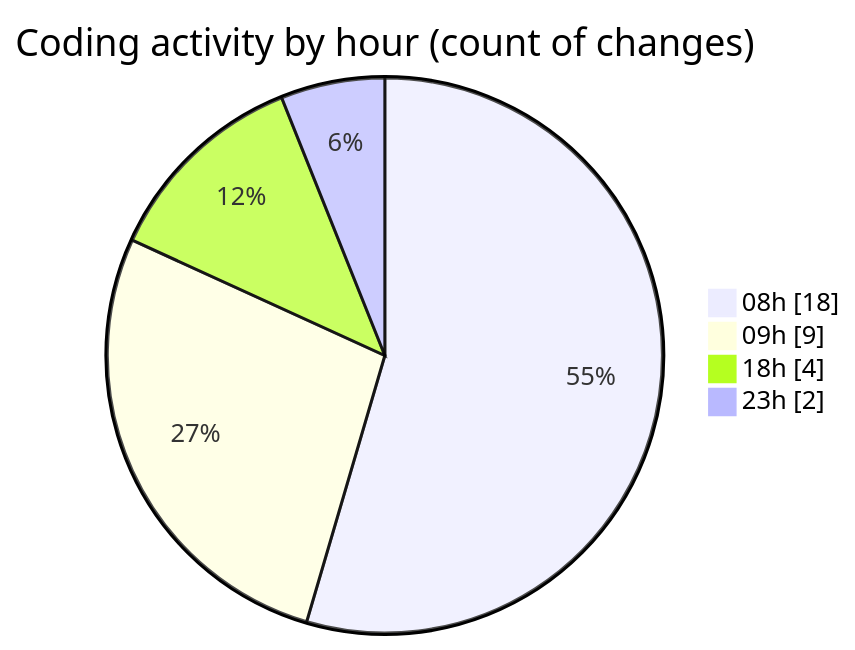
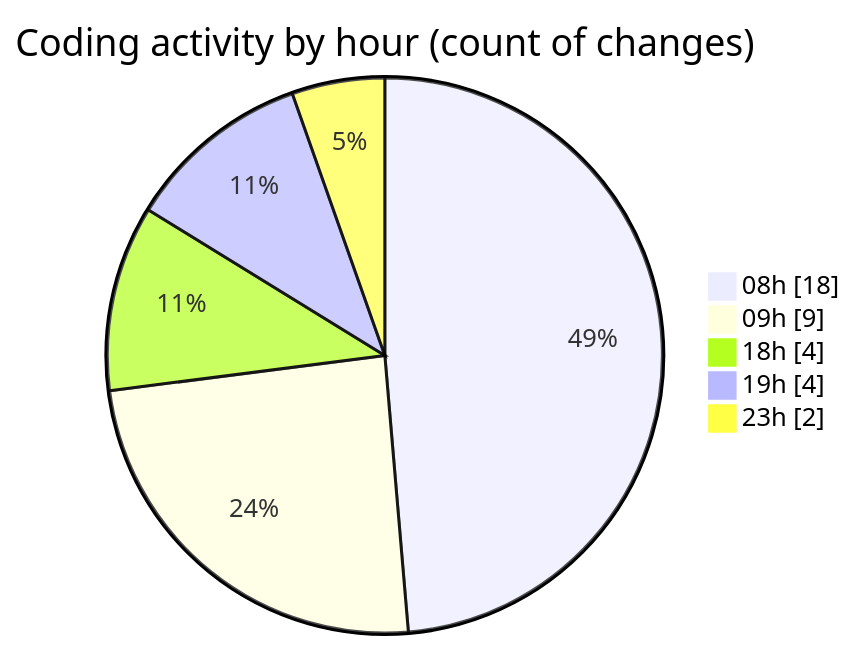
One commit to Elitesun/code-tracking changed the second of 2 diagrams in 2025-05-05/niten/README.md. Above: the diagram before and after it, drawn with Mermaid. The commit also changed other lines of this file and 1 other file, not shown here.

````diff
--- a/2025-05-05/niten/README.md
+++ b/2025-05-05/niten/README.md
@@ -41,8 +42,9 @@
 ```mermaid
 pie showData
 title Coding activity by hour (count of changes)
 "08h" : 18
 "09h" : 9
 "18h" : 4
+"19h" : 4
 "23h" : 2
 ```
````
